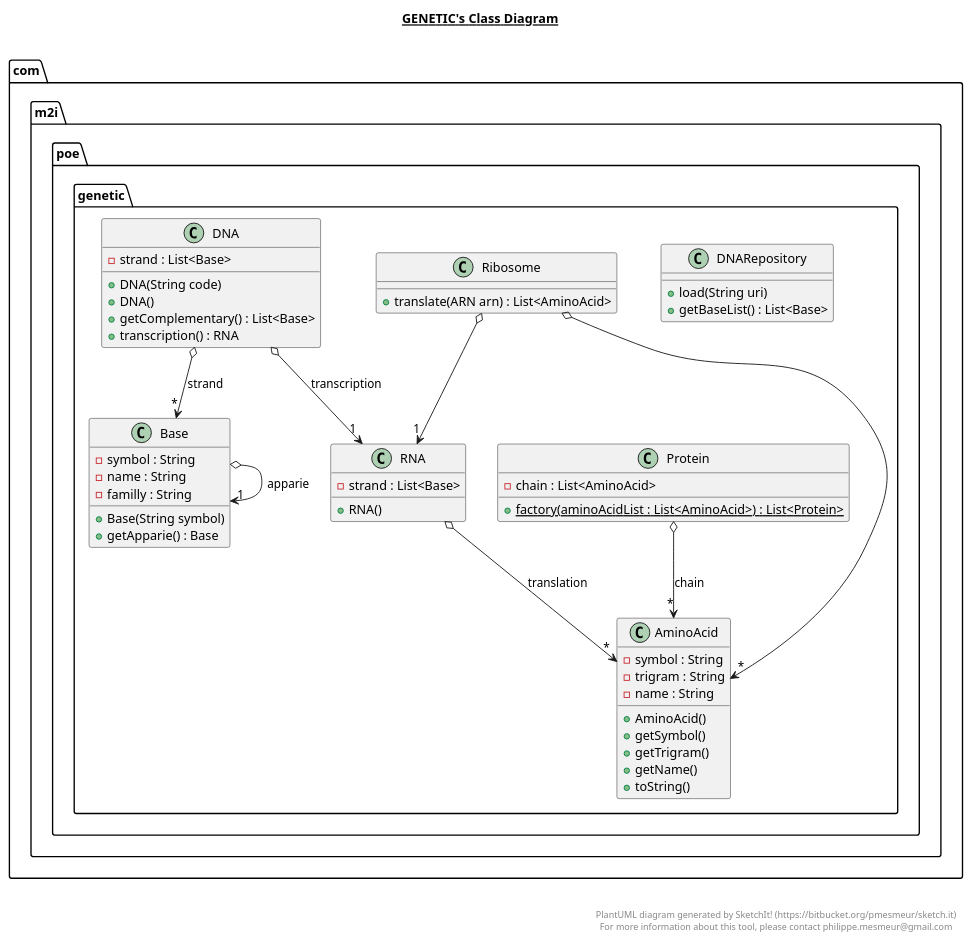
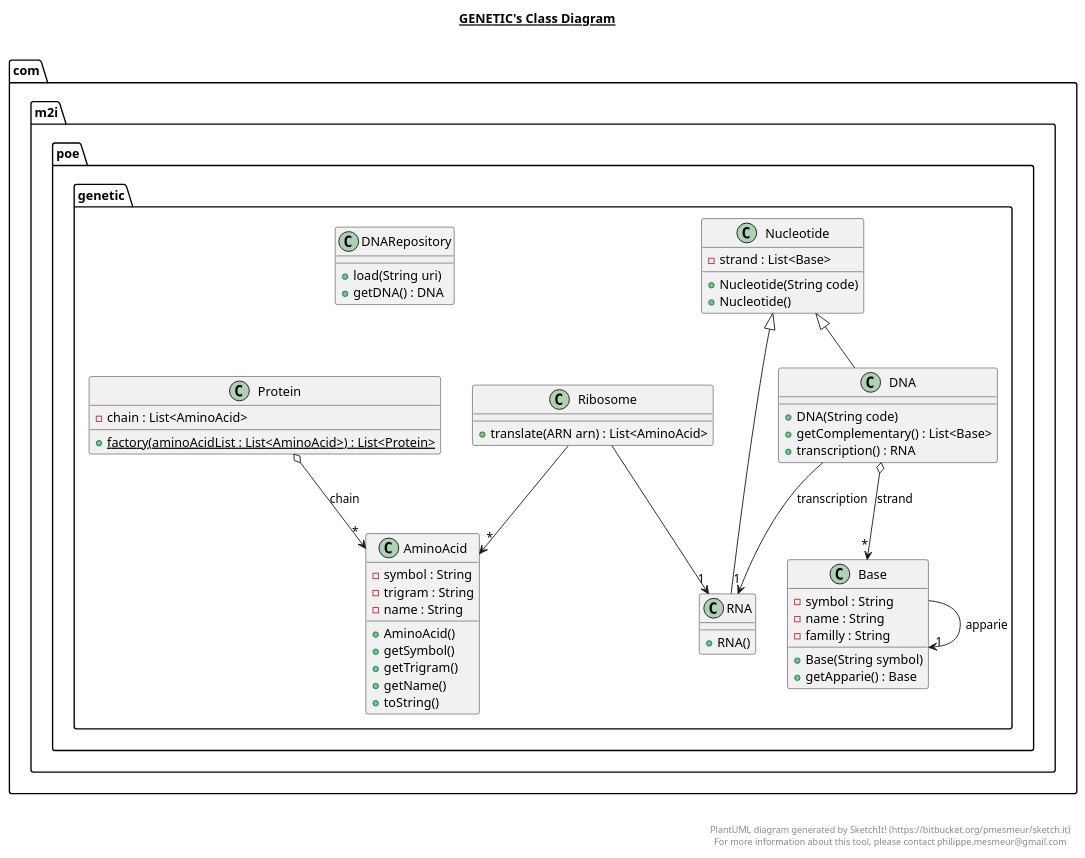
The diagram in src/com/m2i/poe/genetic/genetic.plantuml (cyrilvincent/POE), drawn with PlantUML before and after one commit. The commit also changed 11 other files, not shown here.

```diff
--- a/src/com/m2i/poe/genetic/genetic.plantuml
+++ b/src/com/m2i/poe/genetic/genetic.plantuml
@@ -1,100 +1,108 @@
 @startuml
 
 title __GENETIC's Class Diagram__\n
 
   package com.m2i.poe {
       package com.m2i.poe.genetic {
         class DNARepository {
             + load(String uri)
-            + getBaseList() : List<Base>
+            + getDNA() : DNA
         }
       }
     }
 
   package com.m2i.poe {
     package com.m2i.poe.genetic {
       class RNA {
-          - strand : List<Base>
           + RNA()
       }
     }
   }
 
   package com.m2i.poe {
       package com.m2i.poe.genetic {
         class Ribosome {
             + translate(ARN arn) : List<AminoAcid>
         }
       }
     }
   
 
   package com.m2i.poe {
     package com.m2i.poe.genetic {
       class AminoAcid {
           - symbol : String
           - trigram : String
           - name : String
           + AminoAcid()
           + getSymbol()
           + getTrigram()
           + getName()
           + toString()
       }
     }
   }
 
   package com.m2i.poe {
       package com.m2i.poe.genetic {
         class Protein {
             - chain : List<AminoAcid>
             + {static} factory(aminoAcidList : List<AminoAcid>) : List<Protein>
         }
       }
     }
   
 
   package com.m2i.poe {
     package com.m2i.poe.genetic {
       class Base {
           - symbol : String
           - name : String
           - familly : String
           + Base(String symbol)
           + getApparie() : Base
       }
     }
   }
   
 
   package com.m2i.poe {
     package com.m2i.poe.genetic {
       class DNA {
-          - strand : List<Base>
           + DNA(String code)
-          + DNA()
           + getComplementary() : List<Base>
           + transcription() : RNA
       }
     }
   }
 
-  Base o--> "1" Base : apparie
+  package com.m2i.poe {
+      package com.m2i.poe.genetic {
+        class Nucleotide {
+            - strand : List<Base>
+            + Nucleotide(String code)
+            + Nucleotide()
+        }
+      }
+    }
+
+  Base --> "1" Base : apparie
   DNA o--> "*" Base : strand
-  DNA o--> "1" RNA : transcription
-  RNA o--> "*" AminoAcid : translation
+  DNA --> "1" RNA : transcription
   Protein o--> "*" AminoAcid : chain
-  Ribosome o--> "1" RNA
-  Ribosome o--> "*" AminoAcid
+  Ribosome --> "1" RNA
+  Ribosome --> "*" AminoAcid
+  DNA -up-|> Nucleotide
+  RNA -up-|> Nucleotide
 
 
 
 
 right footer
 
 
 PlantUML diagram generated by SketchIt! (https://bitbucket.org/pmesmeur/sketch.it)
 For more information about this tool, please contact philippe.mesmeur@gmail.com
 endfooter
 
 @enduml
```
